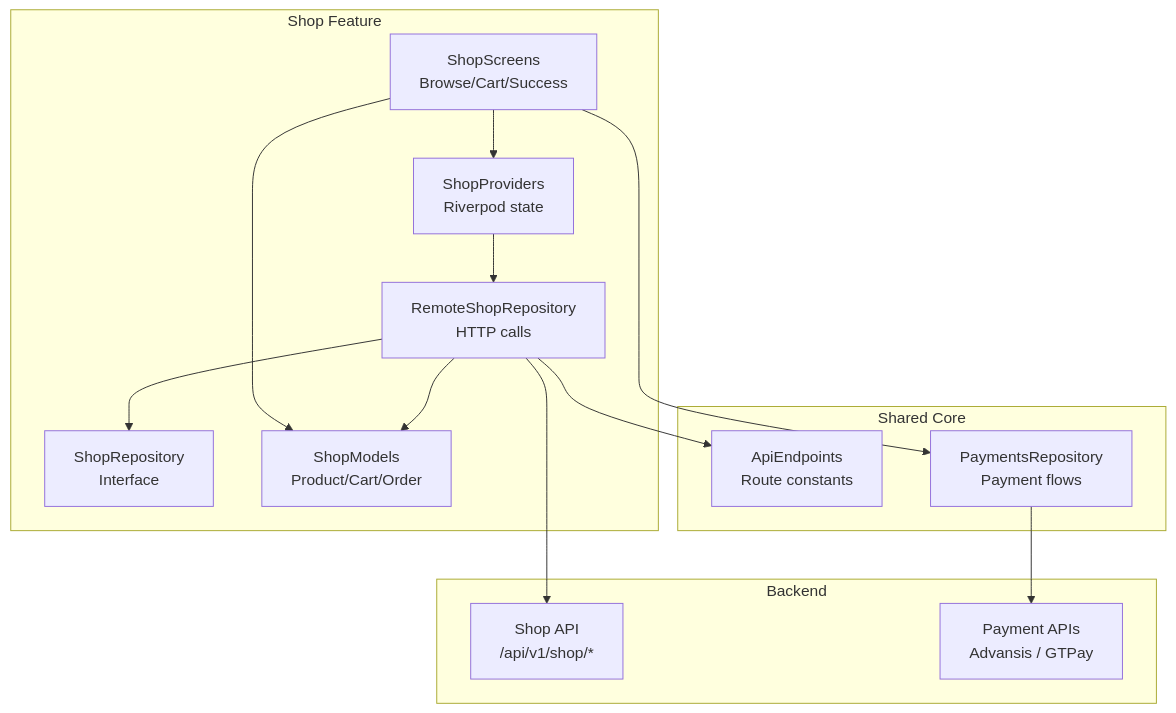
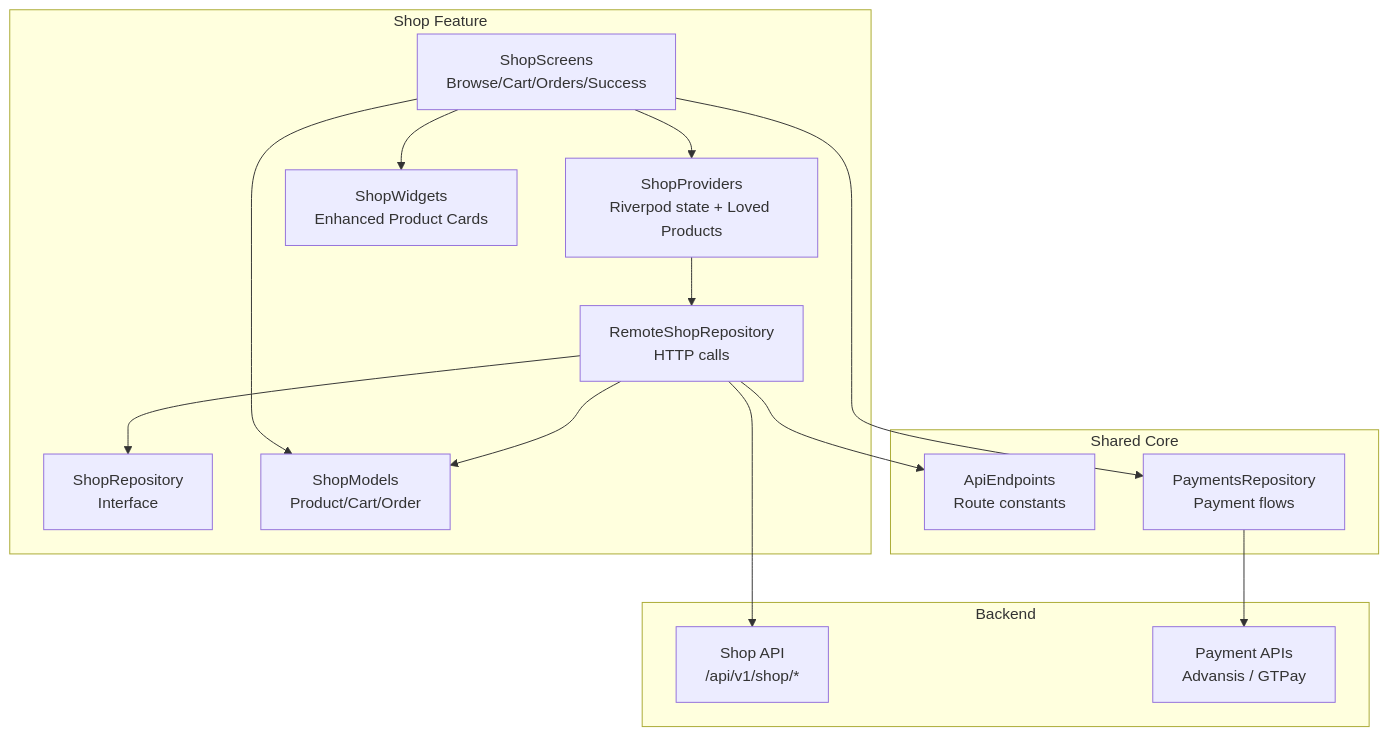
Before and after one commit to Advanstech/Lidapay-shop: the first of 3 diagrams in .qoder/repowiki/en/content/E-commerce Platform/E-commerce Platform.md, drawn with Mermaid. The commit also changed other lines of this file and 174 other files, not shown here.

````diff
--- a/.qoder/repowiki/en/content/E-commerce Platform/E-commerce Platform.md
+++ b/.qoder/repowiki/en/content/E-commerce Platform/E-commerce Platform.md
@@ -47,27 +58,29 @@
 ```mermaid
 graph TB
 subgraph "Shop Feature"
 Repo["ShopRepository<br/>Interface"]
 RemoteRepo["RemoteShopRepository<br/>HTTP calls"]
 Models["ShopModels<br/>Product/Cart/Order"]
-Providers["ShopProviders<br/>Riverpod state"]
-Screens["ShopScreens<br/>Browse/Cart/Success"]
+Providers["ShopProviders<br/>Riverpod state + Loved Products"]
+Screens["ShopScreens<br/>Browse/Cart/Orders/Success"]
+Widgets["ShopWidgets<br/>Enhanced Product Cards"]
 end
 subgraph "Shared Core"
 ApiEndpoints["ApiEndpoints<br/>Route constants"]
 PaymentsRepo["PaymentsRepository<br/>Payment flows"]
 end
 subgraph "Backend"
 ShopAPI["Shop API<br/>/api/v1/shop/*"]
 PaymentAPI["Payment APIs<br/>Advansis / GTPay"]
 end
 Screens --> Providers
 Providers --> RemoteRepo
 RemoteRepo --> Repo
 RemoteRepo --> ApiEndpoints
 RemoteRepo --> Models
 Screens --> Models
 Screens --> PaymentsRepo
+Screens --> Widgets
 RemoteRepo --> ShopAPI
 PaymentsRepo --> PaymentAPI
 ```
````
